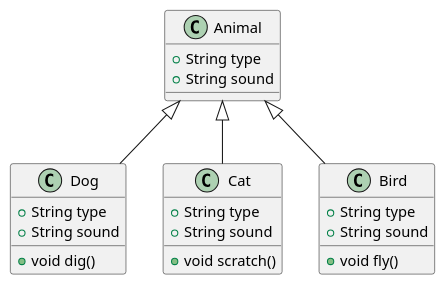
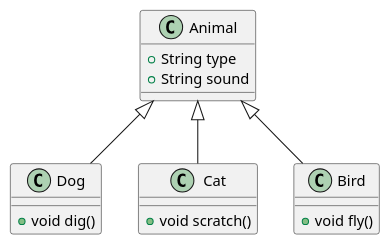
One commit to SeSAC-Flutter-6/learn_dart_together changed the diagram in lib/05_inheritance/animal/animal.puml. Above: the diagram before and after it, drawn with PlantUML. The commit also changed other lines of this file and 2 other files, not shown here.

Commit message:
fix : uml 중복사항, 화살표 방향 수정

```diff
--- a/lib/05_inheritance/animal/animal.puml
+++ b/lib/05_inheritance/animal/animal.puml
@@ -1,25 +1,19 @@
 @startuml
 class Animal{
 +String type
 +String sound
 }
 
 class Dog extends Animal{
-+String type
-+String sound
 +void dig()
 }
 
 class Cat extends Animal{
-+String type
-+String sound
 +void scratch()
 }
 
 class Bird extends Animal{
-+String type
-+String sound
 +void fly()
 }
 
 @enduml
```
